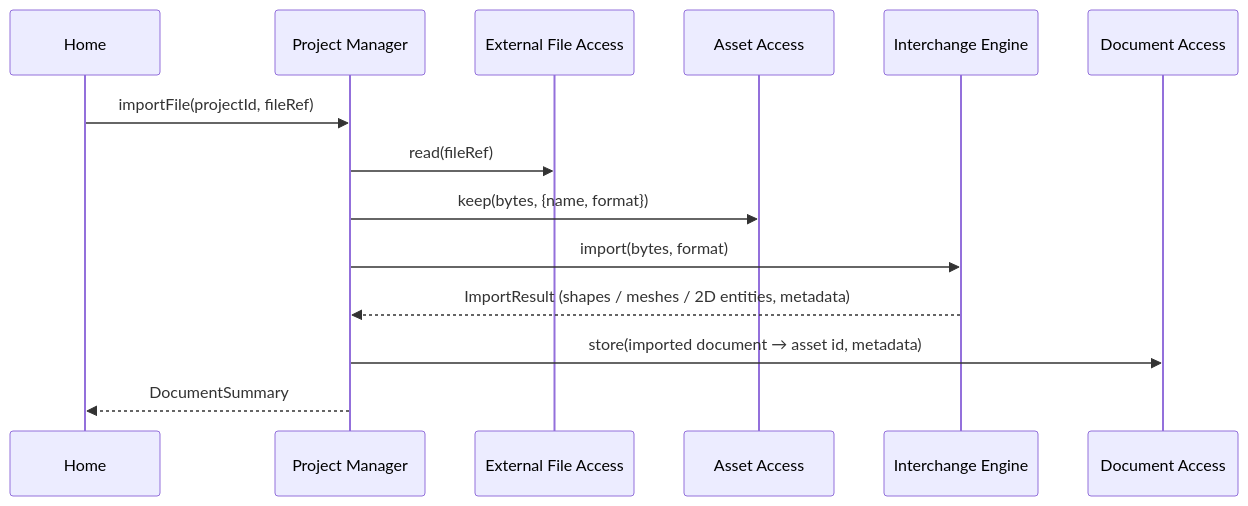
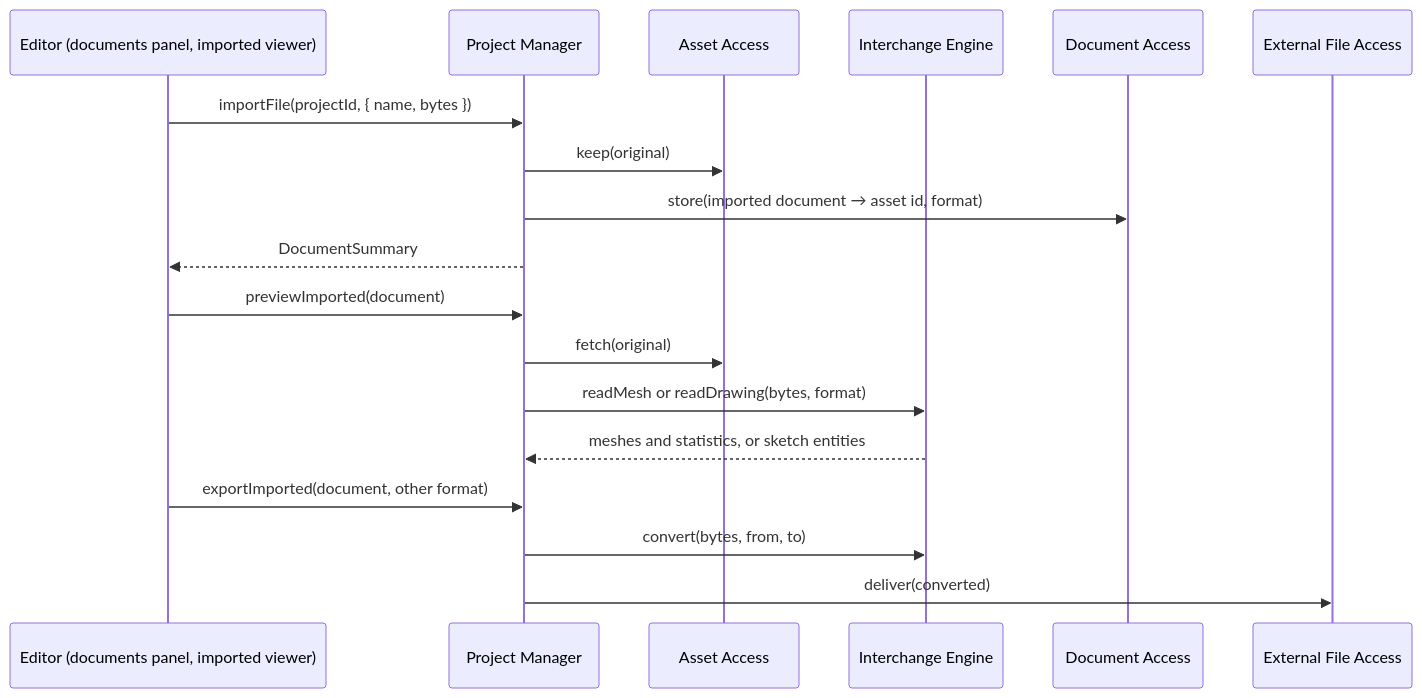
Before and after one commit to h3ll5ur7er/CADence: the fifth of 7 diagrams in docs/Architecture/Use-cases-and-call-chains.md, drawn with Mermaid. The commit also changed other lines of this file and 79 other files, not shown here.

First line of the commit message:
CAD-26, CAD-27: import STEP/STL/OBJ/3MF and DXF/SVG, imported viewer, conversion, imported geometry in parts, sketches and assemblies

````diff
--- a/docs/Architecture/Use-cases-and-call-chains.md
+++ b/docs/Architecture/Use-cases-and-call-chains.md
@@ -114,16 +114,20 @@
 ```mermaid
 sequenceDiagram
-  participant H as Home
+  participant E as Editor (documents panel, imported viewer)
   participant PM as Project Manager
-  participant XA as External File Access
   participant AA as Asset Access
   participant IE as Interchange Engine
   participant DA as Document Access
-  H->>PM: importFile(projectId, fileRef)
-  PM->>XA: read(fileRef)
-  PM->>AA: keep(bytes, {name, format})
-  PM->>IE: import(bytes, format)
-  IE-->>PM: ImportResult (shapes / meshes / 2D entities, metadata)
-  PM->>DA: store(imported document → asset id, metadata)
-  PM-->>H: DocumentSummary
+  participant XA as External File Access
+  E->>PM: importFile(projectId, { name, bytes })
+  PM->>AA: keep(original)
+  PM->>DA: store(imported document → asset id, format)
+  PM-->>E: DocumentSummary
+  E->>PM: previewImported(document)
+  PM->>AA: fetch(original)
+  PM->>IE: readMesh or readDrawing(bytes, format)
+  IE-->>PM: meshes and statistics, or sketch entities
+  E->>PM: exportImported(document, other format)
+  PM->>IE: convert(bytes, from, to)
+  PM->>XA: deliver(converted)
 ```
````
